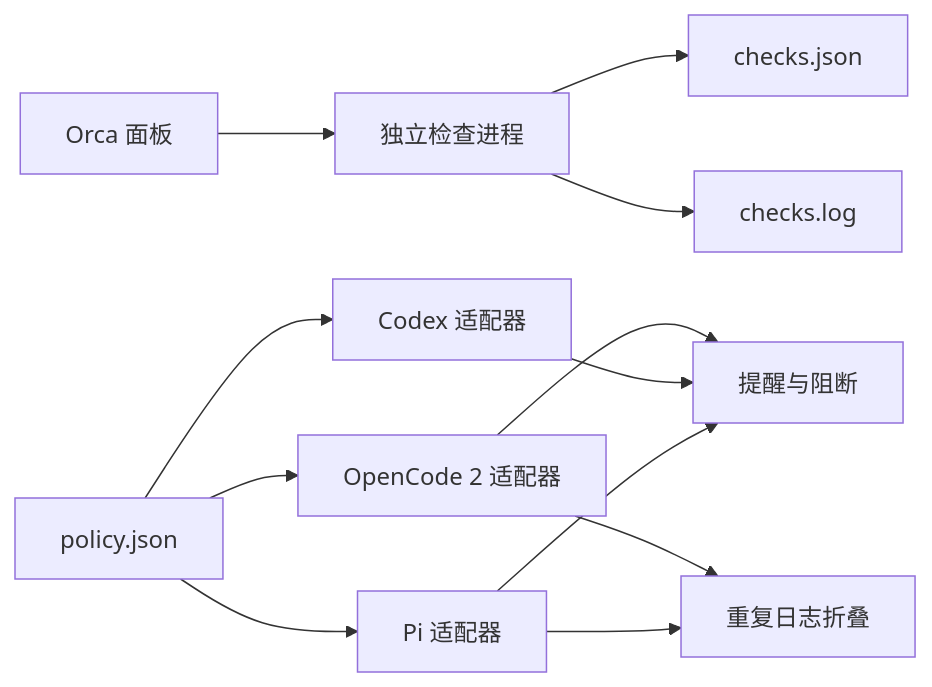
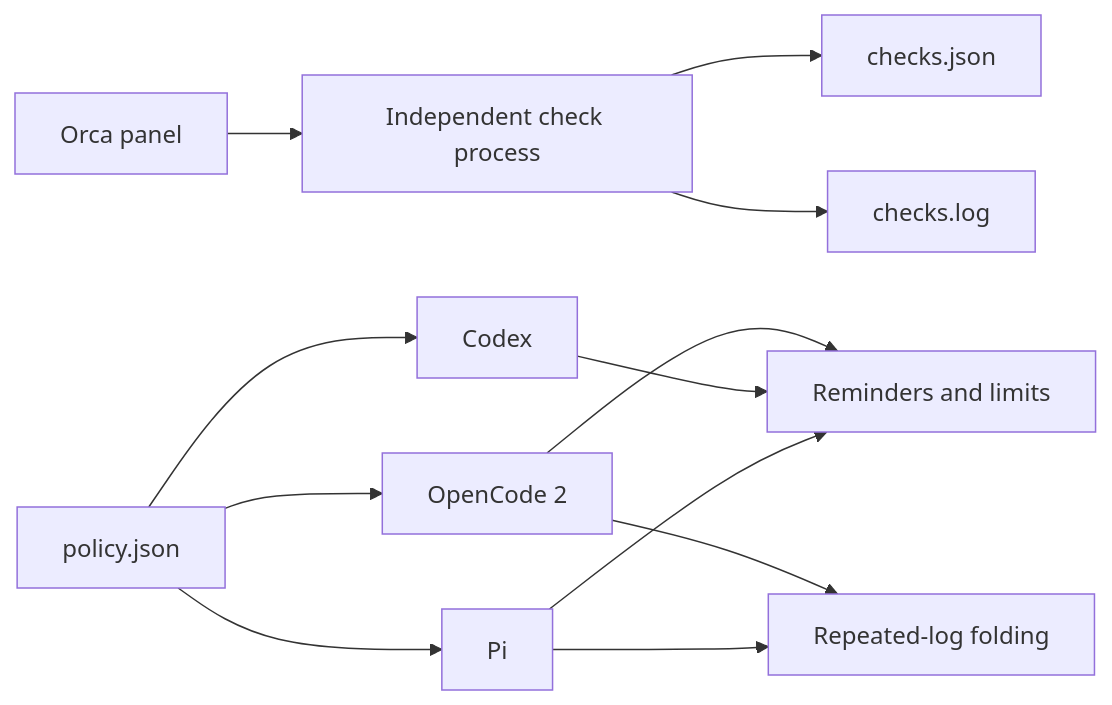
Before and after one commit to wzasd/HarnessPro: the diagram in README.md, drawn with Mermaid. The commit also changed other lines of this file and 2 other files, not shown here.

````diff
--- a/README.md
+++ b/README.md
@@ -58,16 +114,16 @@
 ```mermaid
 flowchart LR
-  A[Orca 面板] --> B[独立检查进程]
+  A[Orca panel] --> B[Independent check process]
   B --> C[checks.json]
   B --> D[checks.log]
 
-  E[policy.json] --> F[OpenCode 2 适配器]
-  E --> G[Codex 适配器]
-  E --> H[Pi 适配器]
+  E[policy.json] --> F[OpenCode 2]
+  E --> G[Codex]
+  E --> H[Pi]
 
-  F --> I[提醒与阻断]
+  F --> I[Reminders and limits]
   G --> I
   H --> I
-  F --> J[重复日志折叠]
+  F --> J[Repeated-log folding]
   H --> J
 ```
````
